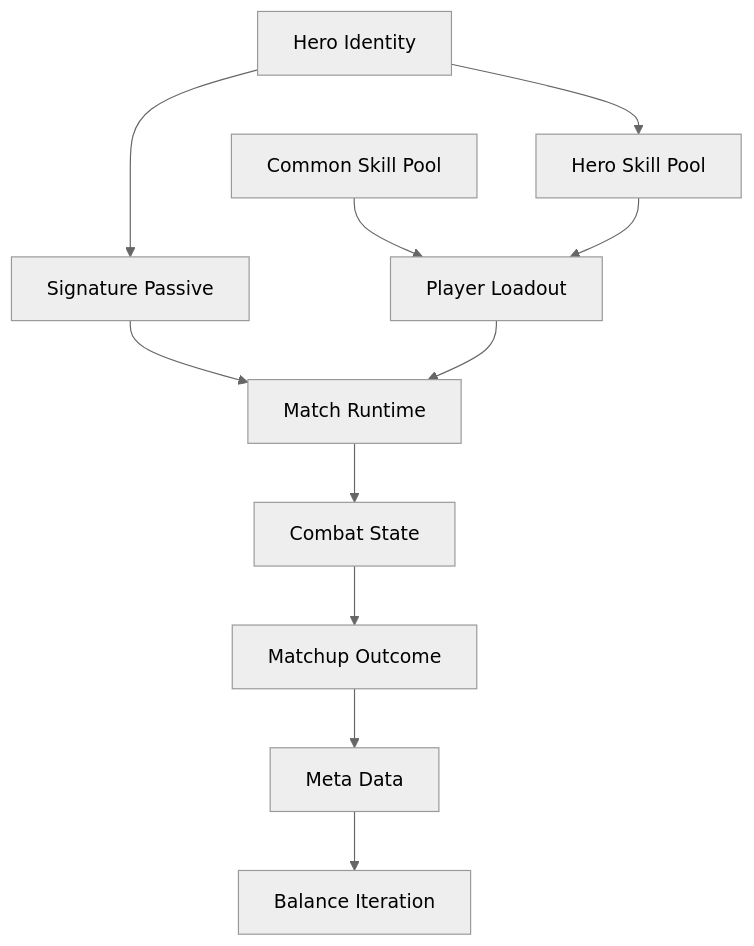
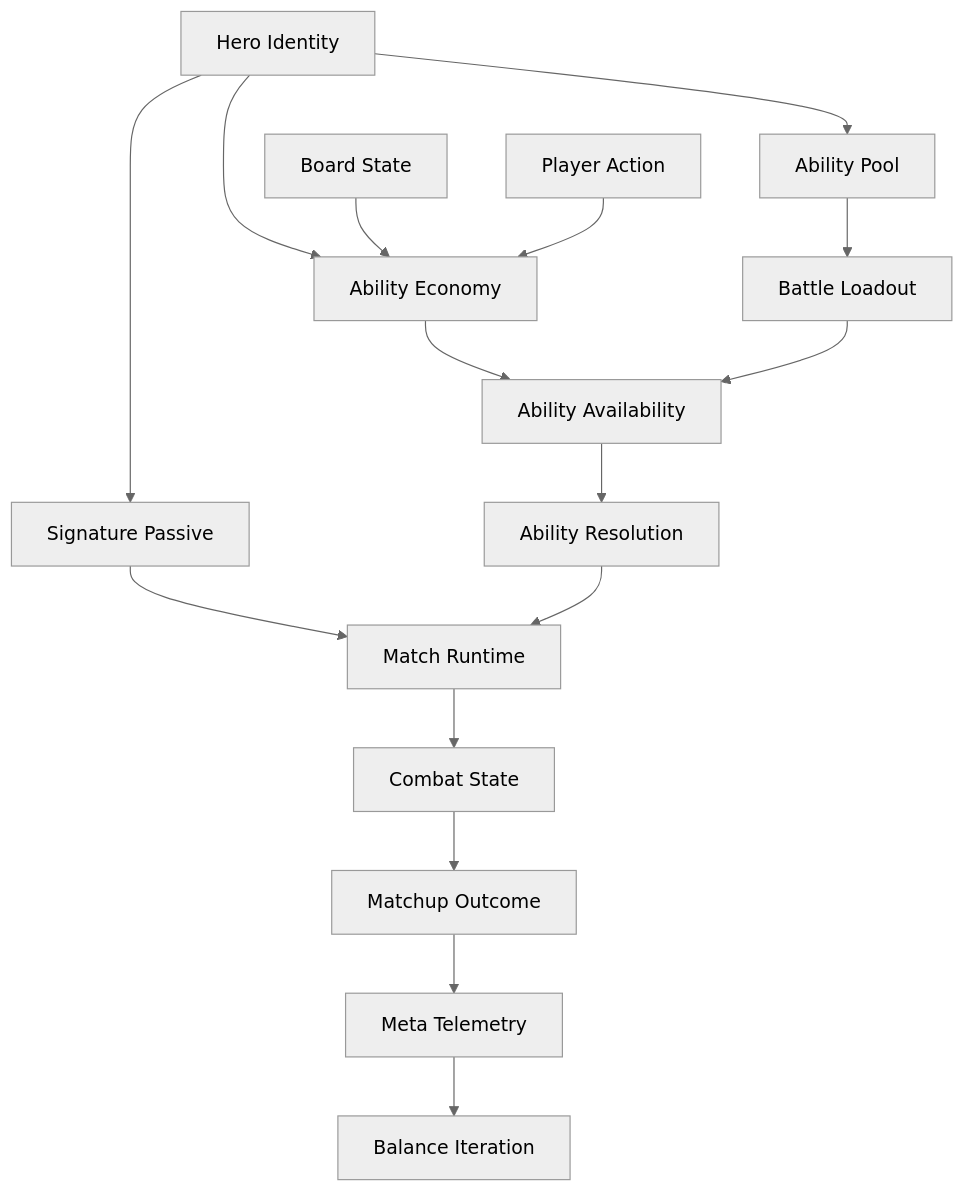
One commit to zeroLR/2D-game-playground changed the first of 5 diagrams in gomoku-rpg/docs/hero-skill-system-spec.md. Above: the diagram before and after it, drawn with Mermaid (neutral theme). The commit also changed other lines of this file, not shown here.

Commit message:
docs(gomoku-rpg): evolve hero skill system to ability economies

````diff
--- a/gomoku-rpg/docs/hero-skill-system-spec.md
+++ b/gomoku-rpg/docs/hero-skill-system-spec.md
@@ -31,13 +42,18 @@
 ```mermaid
 flowchart TD
   Hero[Hero Identity] --> Passive[Signature Passive]
-  Hero --> Pool[Hero Skill Pool]
-  Common[Common Skill Pool] --> Loadout[Player Loadout]
-  Pool --> Loadout
+  Hero --> Economy[Ability Economy]
+  Hero --> Pool[Ability Pool]
+  Pool --> Loadout[Battle Loadout]
+  Board[Board State] --> Economy
+  Action[Player Action] --> Economy
+  Economy --> Availability[Ability Availability]
+  Loadout --> Availability
+  Availability --> Ability[Ability Resolution]
   Passive --> Runtime[Match Runtime]
-  Loadout --> Runtime
+  Ability --> Runtime
   Runtime --> Combat[Combat State]
   Combat --> Matchup[Matchup Outcome]
-  Matchup --> Meta[Meta Data]
-  Meta --> Balance[Balance Iteration]
+  Matchup --> Telemetry[Meta Telemetry]
+  Telemetry --> Balance[Balance Iteration]
 ```
````
